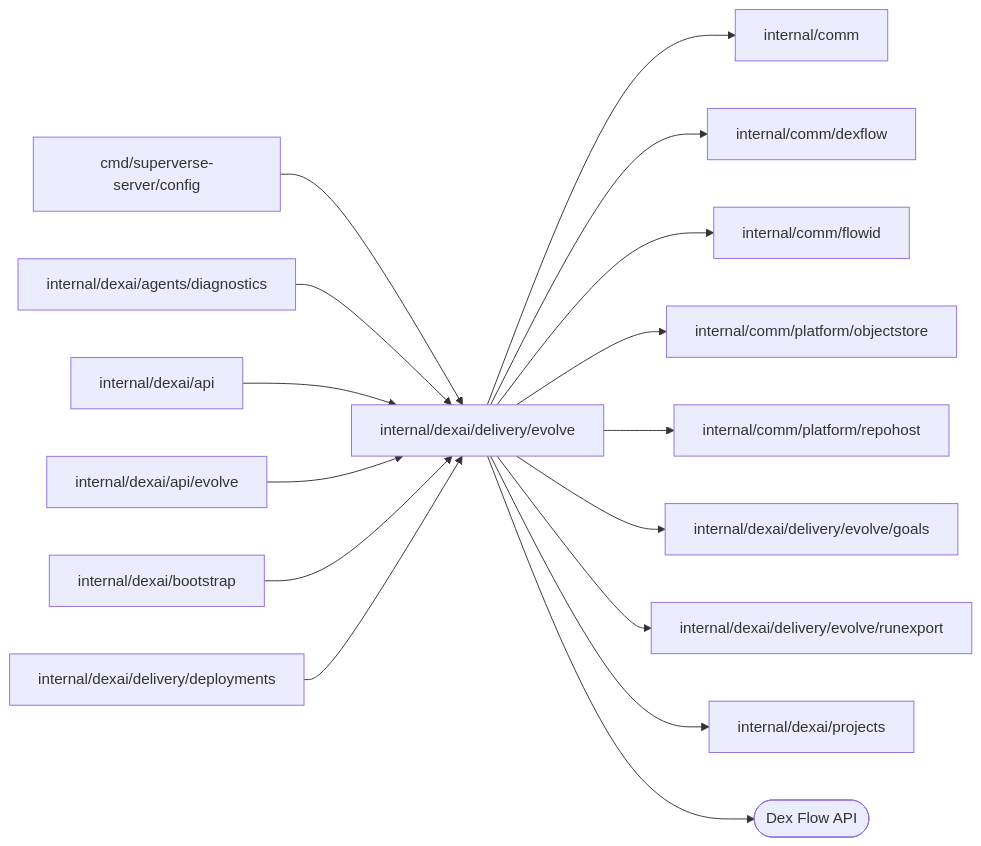
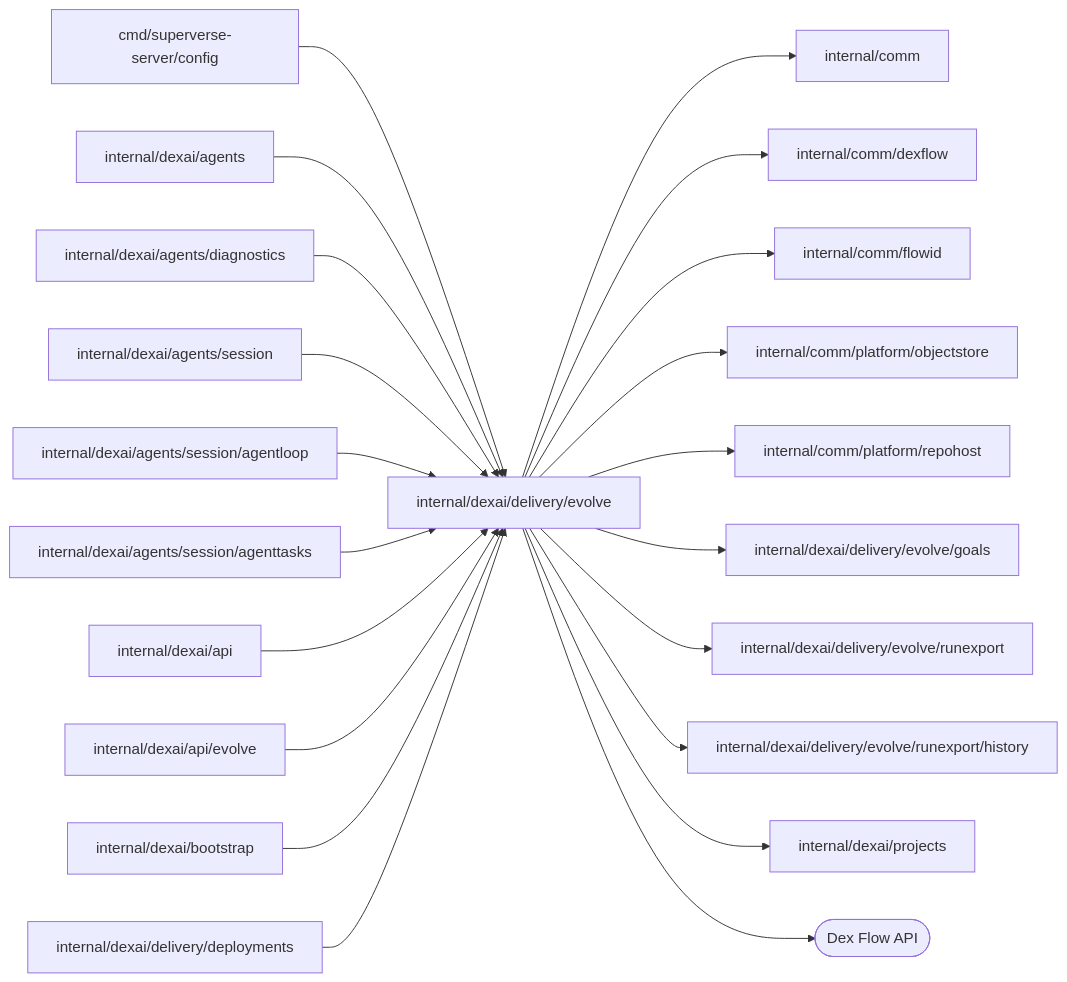
Before and after one commit to superdurable/superverse: the first of 2 diagrams in internal/dexai/delivery/evolve/README.md, drawn with Mermaid. The commit also changed other lines of this file and 226 other files, not shown here.

````diff
--- a/internal/dexai/delivery/evolve/README.md
+++ b/internal/dexai/delivery/evolve/README.md
@@ -10,19 +10,24 @@
 ```mermaid
 flowchart LR
   self["internal/dexai/delivery/evolve"]
   c0["cmd/superverse-server/config"] --> self
-  c1["internal/dexai/agents/diagnostics"] --> self
-  c2["internal/dexai/api"] --> self
-  c3["internal/dexai/api/evolve"] --> self
-  c4["internal/dexai/bootstrap"] --> self
-  c5["internal/dexai/delivery/deployments"] --> self
+  c1["internal/dexai/agents"] --> self
+  c2["internal/dexai/agents/diagnostics"] --> self
+  c3["internal/dexai/agents/session"] --> self
+  c4["internal/dexai/agents/session/agentloop"] --> self
+  c5["internal/dexai/agents/session/agenttasks"] --> self
+  c6["internal/dexai/api"] --> self
+  c7["internal/dexai/api/evolve"] --> self
+  c8["internal/dexai/bootstrap"] --> self
+  c9["internal/dexai/delivery/deployments"] --> self
   self --> d0["internal/comm"]
   self --> d1["internal/comm/dexflow"]
   self --> d2["internal/comm/flowid"]
   self --> d3["internal/comm/platform/objectstore"]
   self --> d4["internal/comm/platform/repohost"]
   self --> d5["internal/dexai/delivery/evolve/goals"]
   self --> d6["internal/dexai/delivery/evolve/runexport"]
-  self --> d7["internal/dexai/projects"]
+  self --> d7["internal/dexai/delivery/evolve/runexport/history"]
+  self --> d8["internal/dexai/projects"]
   self --> e0(["Dex Flow API"])
 ```
````
